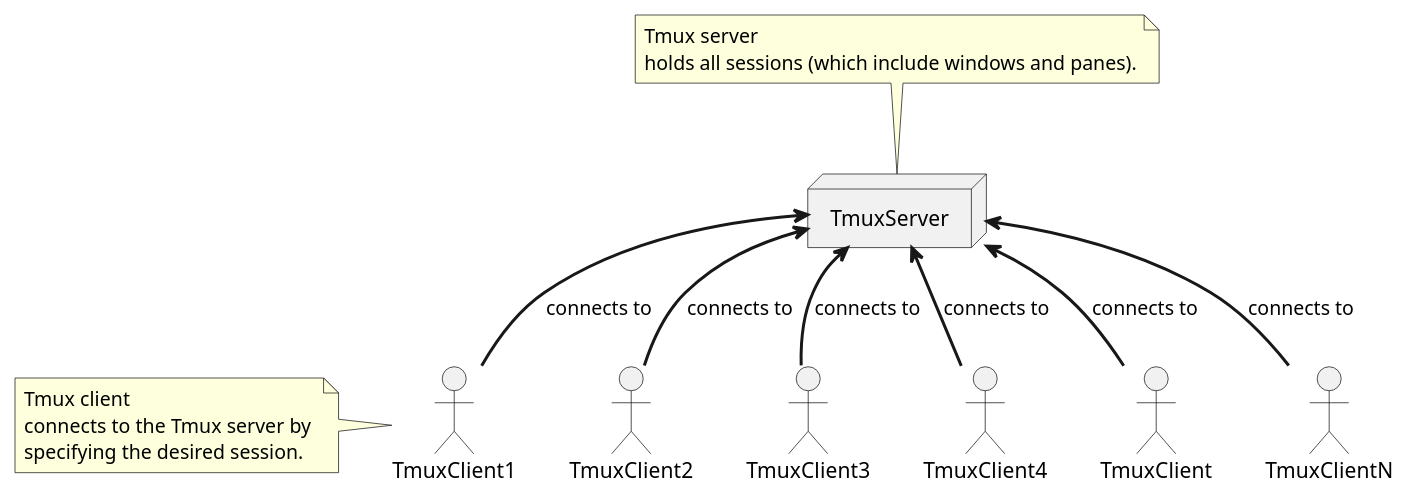
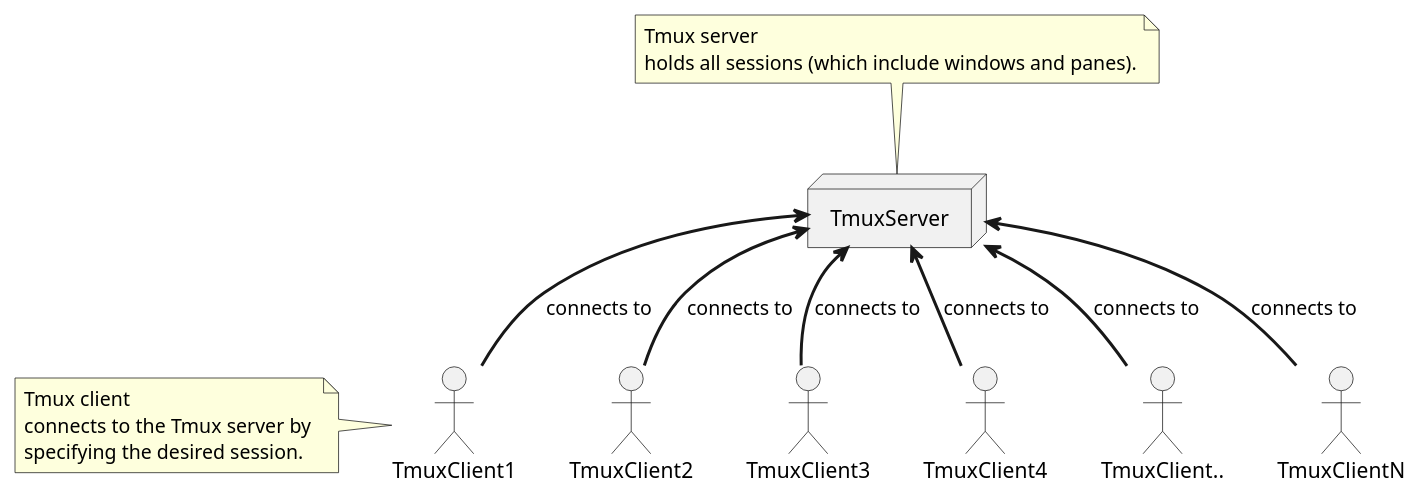
One commit to midnightrun/notebooks changed the diagram in client_server_architecture.plantuml. Above: the diagram before and after it, drawn with PlantUML. The commit also changed 2 other files, not shown here.

```diff
--- a/client_server_architecture.plantuml
+++ b/client_server_architecture.plantuml
@@ -1,21 +1,21 @@
 @startuml
 actor TmuxClient1
 node TmuxServer
 TmuxServer <-[bold]- TmuxClient1   : connects to
 TmuxServer <-[bold]- TmuxClient2   : connects to
 TmuxServer <-[bold]- TmuxClient3   : connects to
 TmuxServer <-[bold]- TmuxClient4   : connects to
-TmuxServer <-[bold]- TmuxClient    : connects to
+TmuxServer <-[bold]- TmuxClient..    : connects to
 TmuxServer <-[bold]- TmuxClientN   : connects to
 
 note top of TmuxServer
 Tmux server 
 holds all sessions (which include windows and panes).
 end note
 
 note left of TmuxClient1
 Tmux client
 connects to the Tmux server by 
 specifying the desired session.
 end note
 @enduml
```
